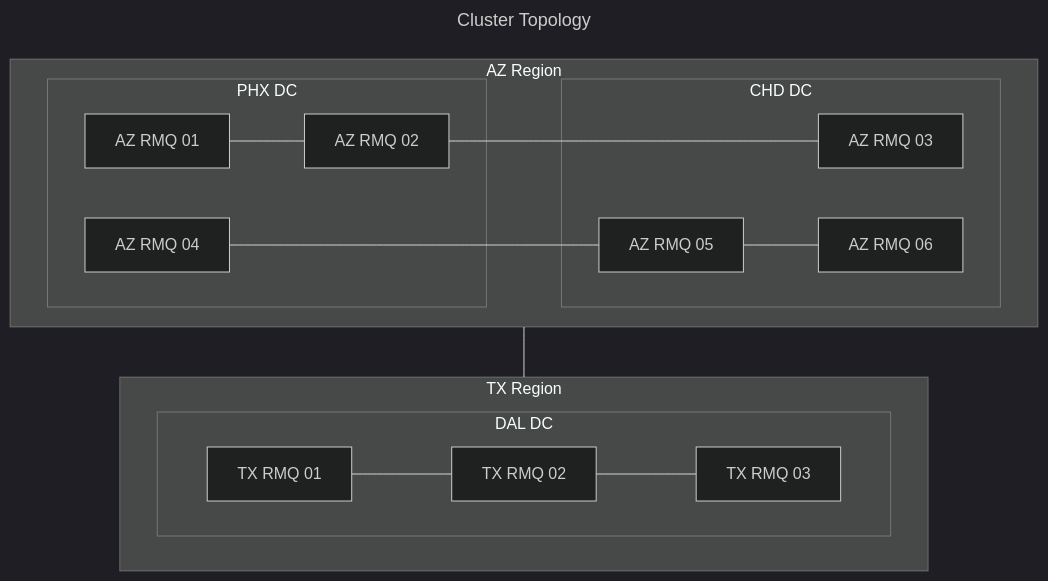
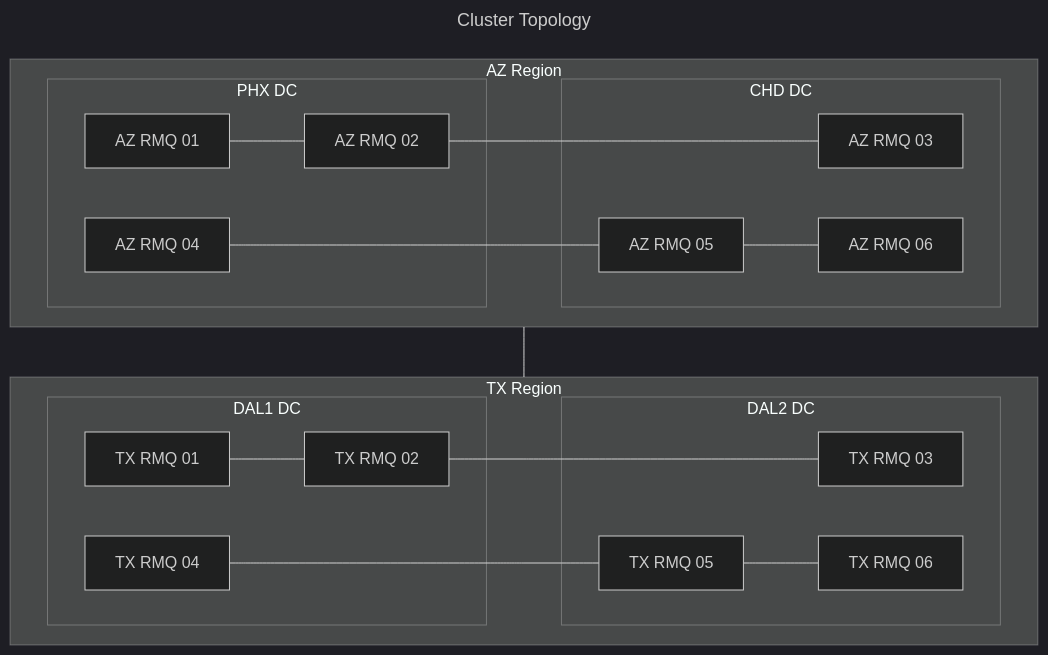
Before and after one commit to cdelashmutt-pivotal/tanzu-rmq-ansible: the first of 2 diagrams in README.md, drawn with Mermaid (dark theme). The commit also changed other lines of this file, not shown here.

````diff
--- a/README.md
+++ b/README.md
@@ -12,26 +12,31 @@
 ```mermaid
 ---
 title: Cluster Topology
 ---
 flowchart TD
     subgraph az_region["AZ Region"]
         subgraph phx_dc["PHX DC"]
             azrmq01["AZ RMQ 01"] --- azrmq02["AZ RMQ 02"]
             azrmq04["AZ RMQ 04"]
         end
         subgraph chd_dc["CHD DC"]
             azrmq03["AZ RMQ 03"]
             azrmq05["AZ RMQ 05"] --- azrmq06["AZ RMQ 06"]
         end
         azrmq02 ---- azrmq03
         azrmq04 ---- azrmq05
     end
     subgraph tx_region["TX Region"]
-        subgraph dal_dc["DAL DC"]
-            direction LR
-            txrmq01["TX RMQ 01"] --- txrmq02["TX RMQ 02"] --- 
+        subgraph dal1_dc["DAL1 DC"]
+            txrmq01["TX RMQ 01"] --- txrmq02["TX RMQ 02"] 
+            txrmq04["TX RMQ 04"]
+        end
+        subgraph dal2_dc["DAL2 DC"]
             txrmq03["TX RMQ 03"]
+            txrmq05["TX RMQ 05"] --- txrmq06["TX RMQ 06"]
         end
+        txrmq02 ---- txrmq03
+        txrmq04 ---- txrmq05
     end
     az_region --- tx_region
 ```
````
